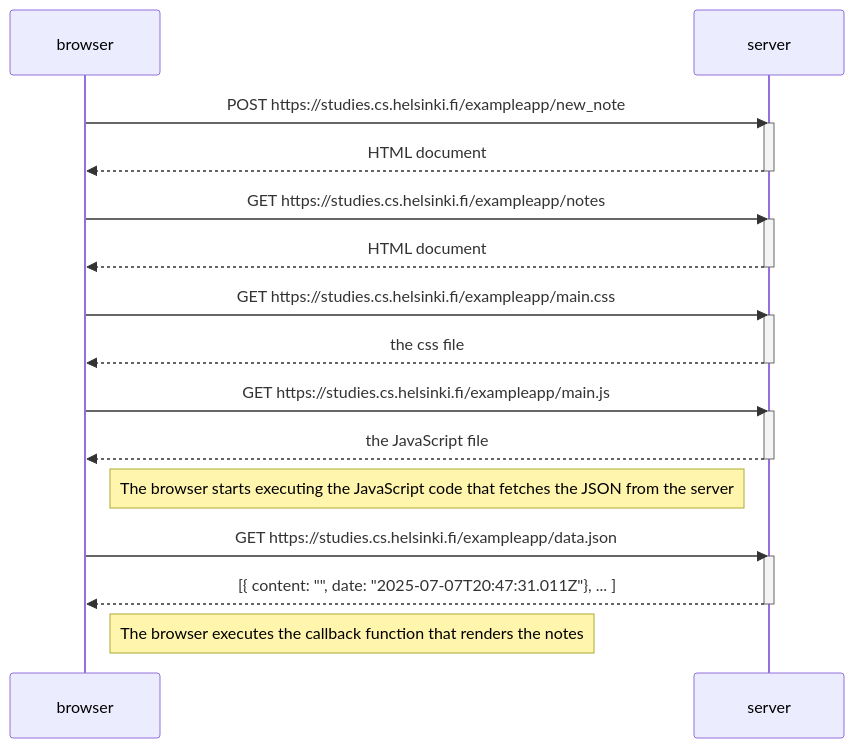
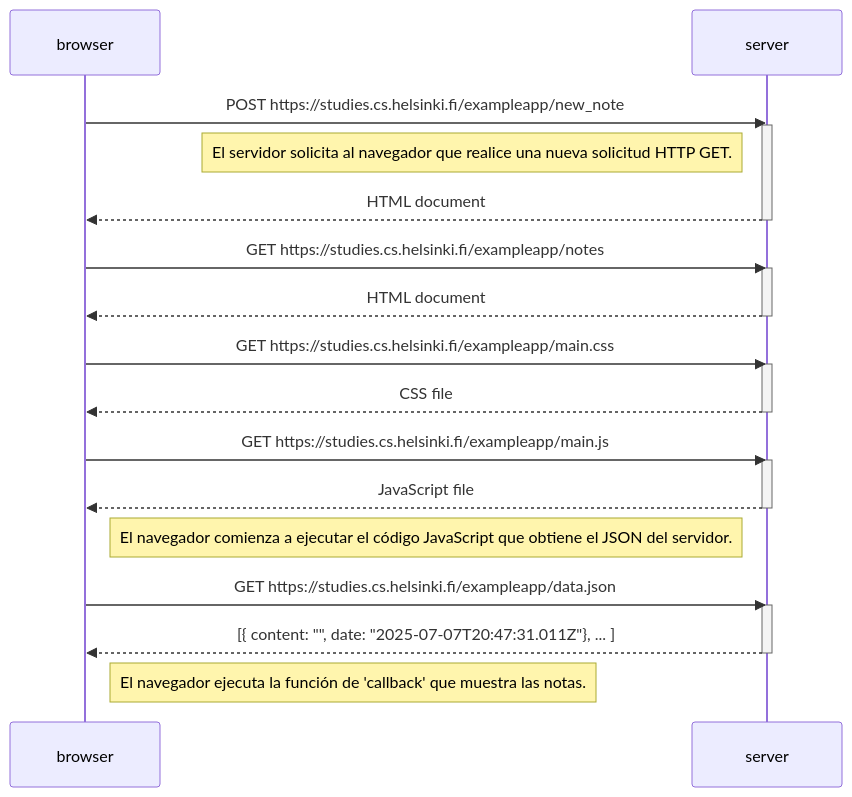
One commit to Franklingo13/fullstackopen-FGomez changed the diagram in part0/04.md. Above: the diagram before and after it, drawn with Mermaid.

````diff
--- a/part0/04.md
+++ b/part0/04.md
@@ -1,34 +1,35 @@
 ```mermaid 
 sequenceDiagram
     participant browser
     participant server
 
     browser->>server: POST https://studies.cs.helsinki.fi/exampleapp/new_note
     activate server
+    Note left of server: El servidor solicita al navegador que realice una nueva solicitud HTTP GET.
     server-->>browser: HTML document
     deactivate server
 
     browser->>server: GET https://studies.cs.helsinki.fi/exampleapp/notes
     activate server
     server-->>browser: HTML document
     deactivate server
 
     browser->>server: GET https://studies.cs.helsinki.fi/exampleapp/main.css
     activate server
-    server-->>browser: the css file
+    server-->>browser: CSS file
     deactivate server
 
     browser->>server: GET https://studies.cs.helsinki.fi/exampleapp/main.js
     activate server
-    server-->>browser: the JavaScript file
+    server-->>browser: JavaScript file
     deactivate server
 
-    Note right of browser: The browser starts executing the JavaScript code that fetches the JSON from the server
+    Note right of browser: El navegador comienza a ejecutar el código JavaScript que obtiene el JSON del servidor.
 
     browser->>server: GET https://studies.cs.helsinki.fi/exampleapp/data.json
     activate server
     server-->>browser: [{ content: "", date: "2025-07-07T20:47:31.011Z"}, ... ]
     deactivate server
 
-    Note right of browser: The browser executes the callback function that renders the notes
+    Note right of browser: El navegador ejecuta la función de 'callback' que muestra las notas.
 ```
````
